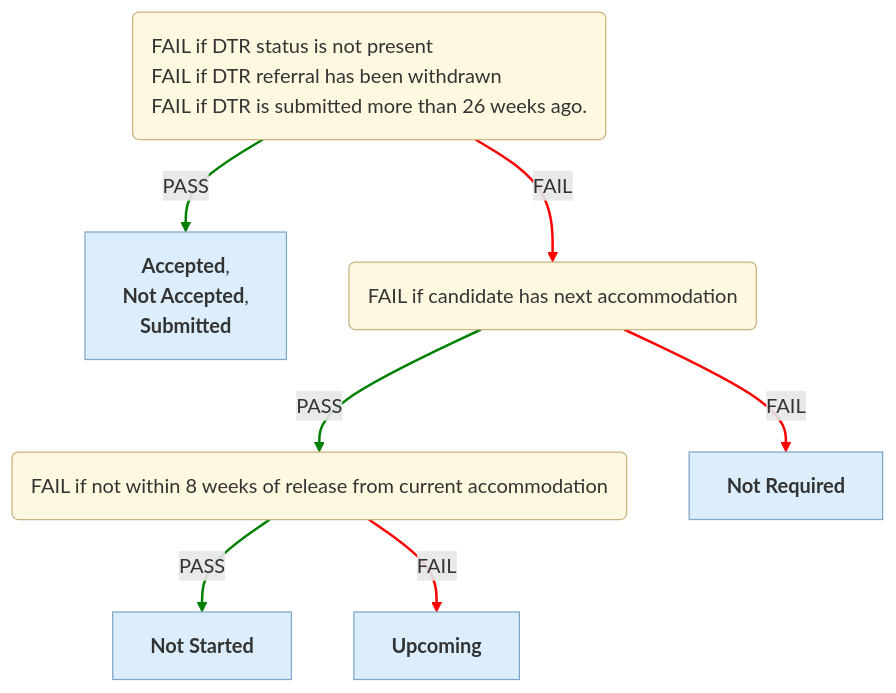
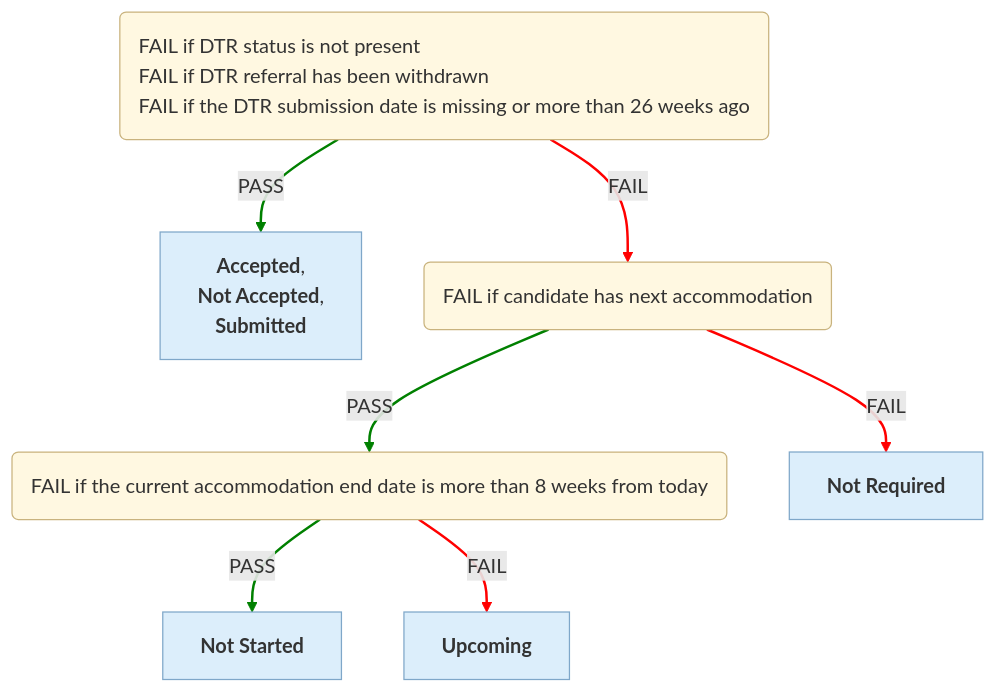
Before and after one commit to ministryofjustice/hmpps-single-accommodation-service-api: the fifth of 6 diagrams in docs/eligibility-rules-graph.md, drawn with Mermaid. The commit also changed other lines of this file and 22 other files, not shown here.

Commit message:
chore/SAS-1544-Make-language-more-natural-for-Fail-descriptions

````diff
--- a/docs/eligibility-rules-graph.md
+++ b/docs/eligibility-rules-graph.md
@@ -495,28 +495,28 @@
 ```mermaid
 %%{init: {"flowchart": {"wrappingWidth": 800}}}%%
 flowchart TD
   Suitability("<div style='text-align:left'>FAIL if DTR status is not present
 FAIL if DTR referral has been withdrawn
-FAIL if DTR is submitted more than 26 weeks ago.</div>")
+FAIL if the DTR submission date is missing or more than 26 weeks ago</div>")
   outcome_DtrCompletionContextUpdater["<b>Accepted</b>,
  <b>Not Accepted</b>,
  <b>Submitted</b>"]
   Eligibility("<div style='text-align:left'>FAIL if candidate has next accommodation</div>")
-  Upcoming("<div style='text-align:left'>FAIL if not within 8 weeks of release from current accommodation</div>")
+  Upcoming("<div style='text-align:left'>FAIL if the current accommodation end date is more than 8 weeks from today</div>")
   DTR_NOT_STARTED["<b>Not Started</b>"]
   outcome_DtrUpcomingContextUpdater["<b>Upcoming</b>"]
   DTR_NOT_REQUIRED["<b>Not Required</b>"]
   Suitability -->|PASS| outcome_DtrCompletionContextUpdater
   Upcoming -->|PASS| DTR_NOT_STARTED
   Upcoming -->|FAIL| outcome_DtrUpcomingContextUpdater
   Eligibility -->|PASS| Upcoming
   Eligibility -->|FAIL| DTR_NOT_REQUIRED
   Suitability -->|FAIL| Eligibility
   linkStyle 0,1,3 stroke:green,stroke-width:2px
   linkStyle 2,4,5 stroke:red,stroke-width:2px
   classDef ruleSetNode fill:#FFF8E1,stroke:#C9B37E,color:#333
   classDef outcomeNode fill:#DCEEFB,stroke:#7FA7C9,color:#333
   classDef updaterNode fill:#EDE7F6,stroke:#A99BC9,color:#333
   class Suitability,Eligibility,Upcoming ruleSetNode
   class outcome_DtrCompletionContextUpdater,DTR_NOT_STARTED,outcome_DtrUpcomingContextUpdater,DTR_NOT_REQUIRED outcomeNode
 ```
````
